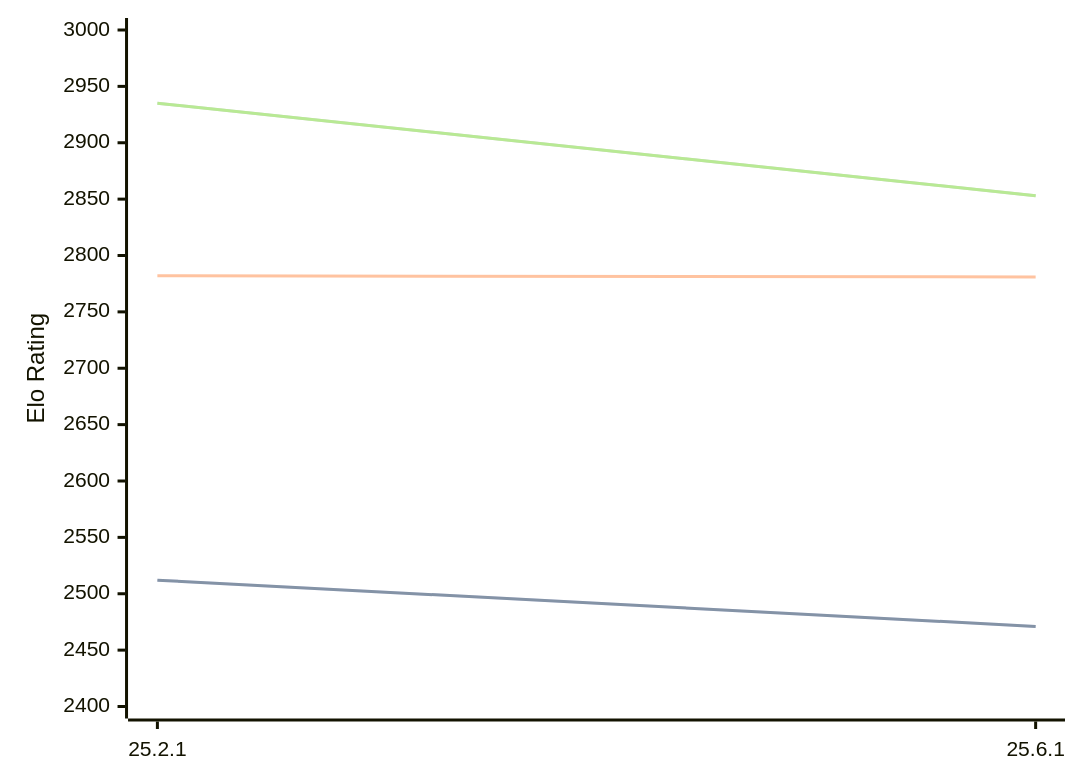
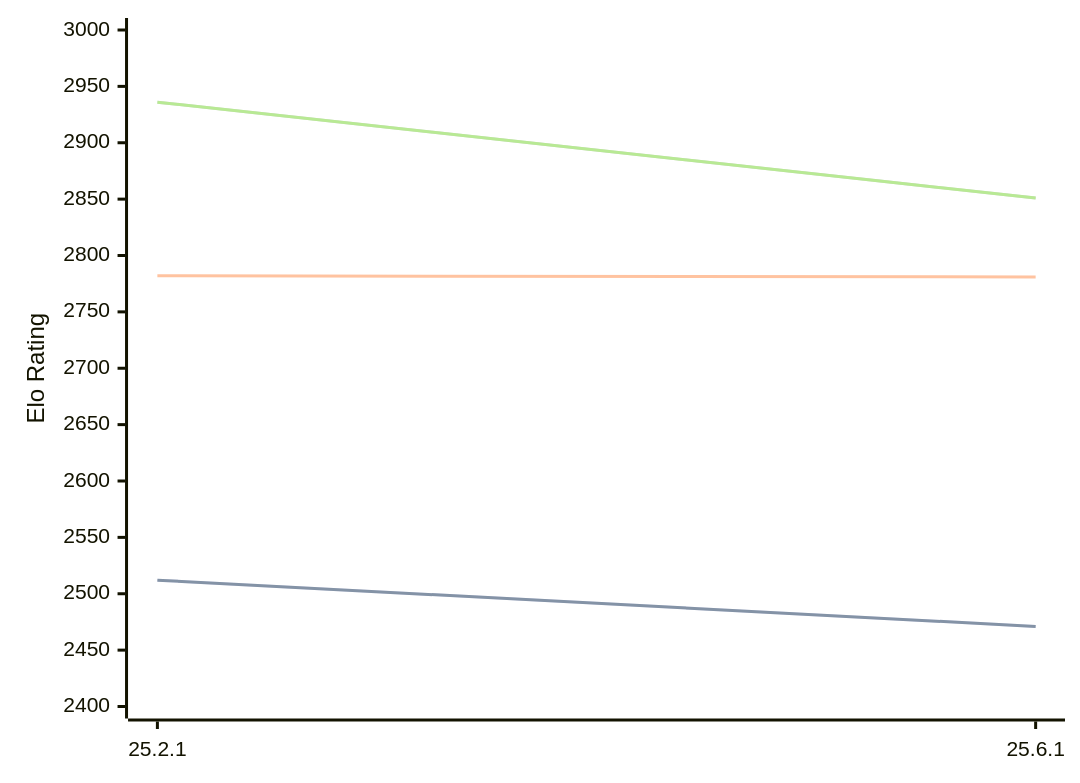
Before and after one commit to computer-chess-index/cci: the diagram in engines/Crafty.md, drawn with Mermaid. The commit also changed other lines of this file, not shown here.

Commit message:
Update CCI Ratings (ELO VLTC) - 2026-09-16

````diff
--- a/engines/Crafty.md
+++ b/engines/Crafty.md
@@ -32,11 +32,11 @@
 ```mermaid
 %%{init: {"theme":"base","themeVariables":{"seriesColors:['#a3a3a3','#222221','#faa371']}}}%%
 xychart-beta
   x-axis ["25.2.1", "25.6.1"]
   y-axis "Elo Rating" 2400 --> 3000
   line "" [2512, 2471]
   line "STC (8.0+0.08s)" [2512, 2471]
   line "LTC (60.0+0.60s)" [2782, 2781]
-  line "" [2935, 2853]
-  line "VLTC (2m24s+1.12s)" [2935, 2853]
+  line "" [2936, 2851]
+  line "VLTC (2m24s+1.12s)" [2936, 2851]
 ```
````
